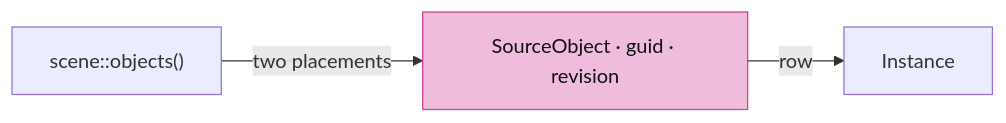
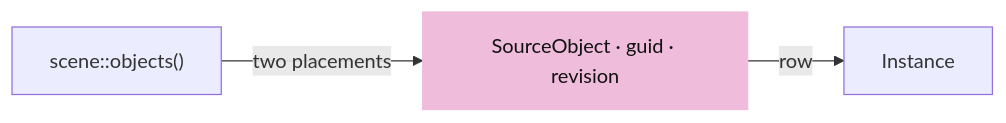
The fourth of 6 diagrams in session_viewer/docs/03-identity.md (petrasvestartas/session), drawn with Mermaid before and after one commit. The commit also changed other lines of this file and 324 other files, not shown here.

````diff
--- a/session_viewer/docs/03-identity.md
+++ b/session_viewer/docs/03-identity.md
@@ -76,6 +84,6 @@
 ```mermaid
 flowchart LR
     S["SourceObject · guid · revision"] -- "row" --> I["Instance"]
     O["scene::objects()"] -- "two placements" --> S
-    style S fill:#f0bcdb,stroke:#ce4095,color:#111
+    style S fill:#f0bcdb,stroke:#f0bcdb,color:#111
 ```
````
